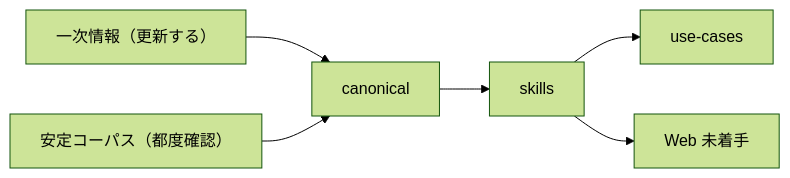
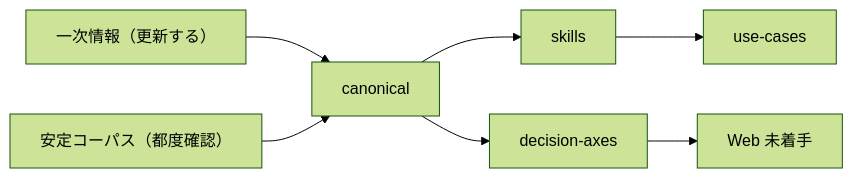
One commit to shuji-bonji/ai-design-advisor changed the diagram in README.md. Above: the diagram before and after it, drawn with Mermaid (forest theme). The commit also changed other lines of this file, not shown here.

Commit message:
docs: mark decision-axes first-pass on root status

````diff
--- a/README.md
+++ b/README.md
@@ -37,8 +37,9 @@
 ```mermaid
 flowchart LR
   P["一次情報（更新する）"] --> C[canonical]
   S["安定コーパス（都度確認）"] --> C
   C --> K[skills]
+  C --> A[decision-axes]
   K --> U[use-cases]
-  K --> W["Web 未着手"]
+  A --> W["Web 未着手"]
 ```
````
